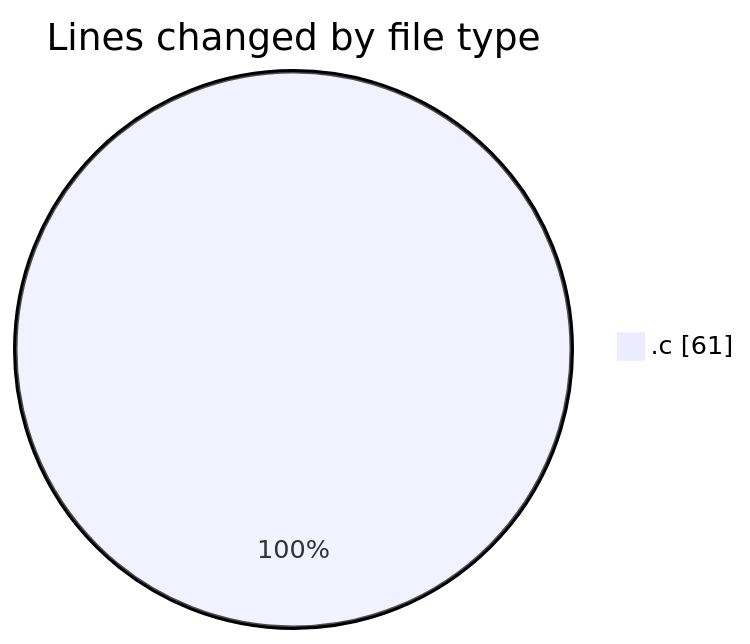
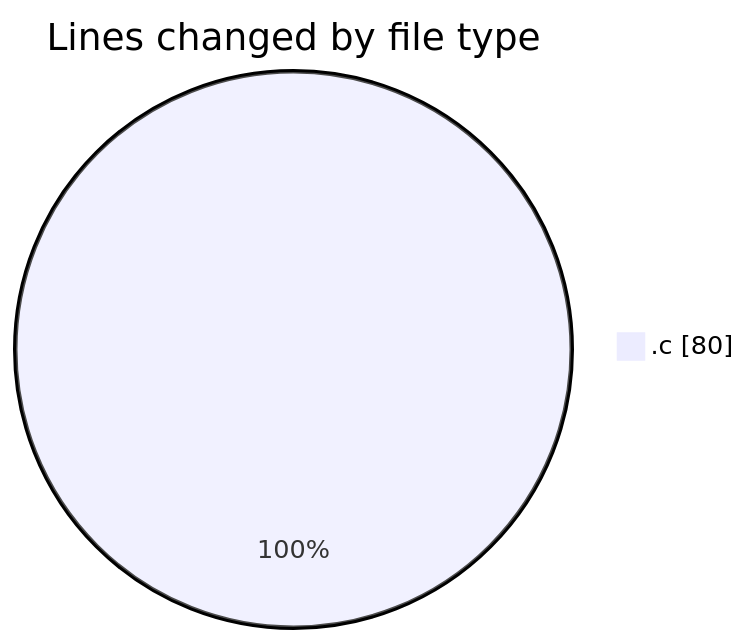
One commit to Ritupan-Deka/code-tracking changed the first of 2 diagrams in 2025-01-26/search/README.md. Above: the diagram before and after it, drawn with Mermaid. The commit also changed other lines of this file and 1 other file, not shown here.

````diff
--- a/2025-01-26/search/README.md
+++ b/2025-01-26/search/README.md
@@ -20,5 +20,5 @@
 ```mermaid
 pie showData
 title Lines changed by file type
-".c" : 61
+".c" : 80
 ```
````
